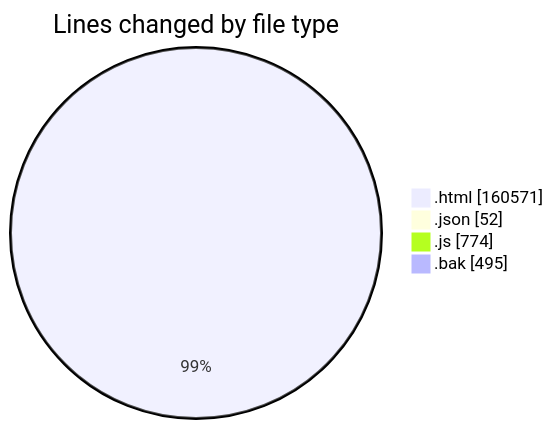
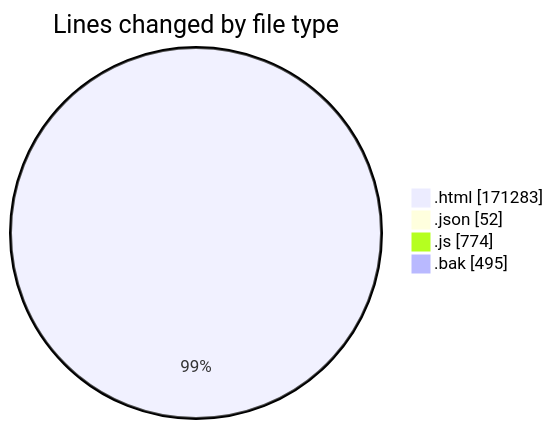
The first of 2 diagrams in 2025-09-16/www/README.md (vahidmafi/code-tracking), drawn with Mermaid before and after one commit. The commit also changed other lines of this file and 1 other file, not shown here.

````diff
--- a/2025-09-16/www/README.md
+++ b/2025-09-16/www/README.md
@@ -296,8 +317,8 @@
 ```mermaid
 pie showData
 title Lines changed by file type
-".html" : 160571
+".html" : 171283
 ".json" : 52
 ".js" : 774
 ".bak" : 495
 ```
````
